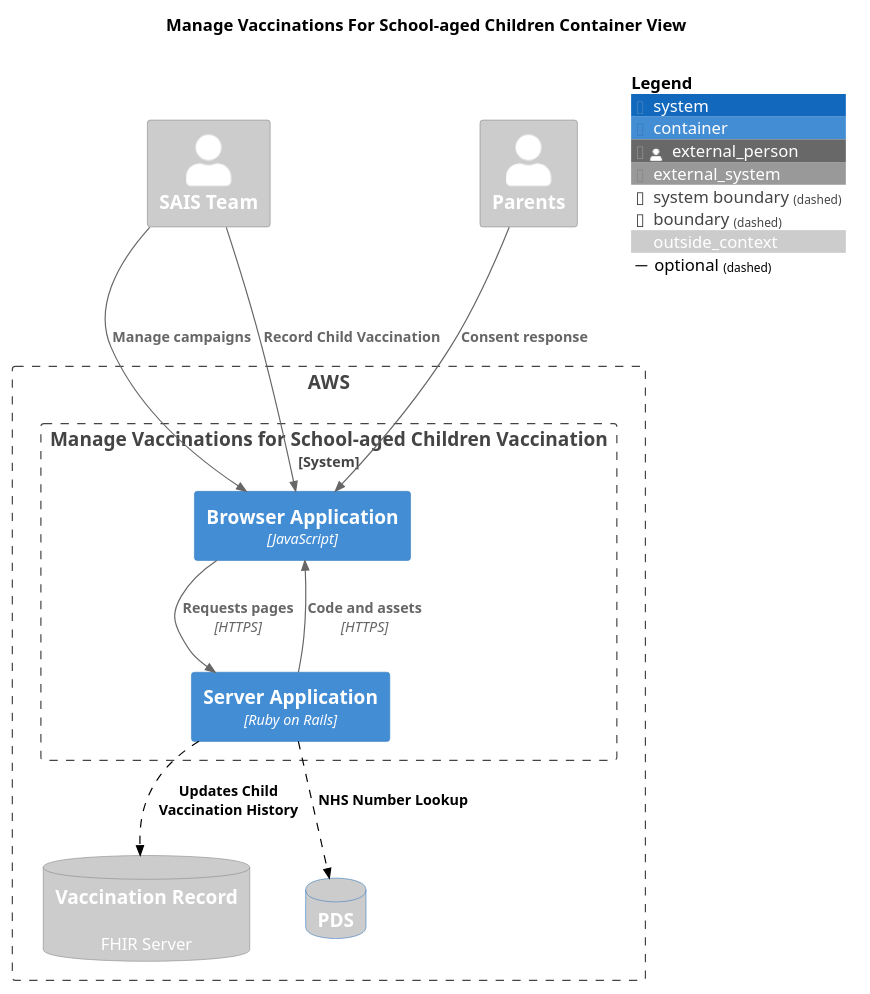
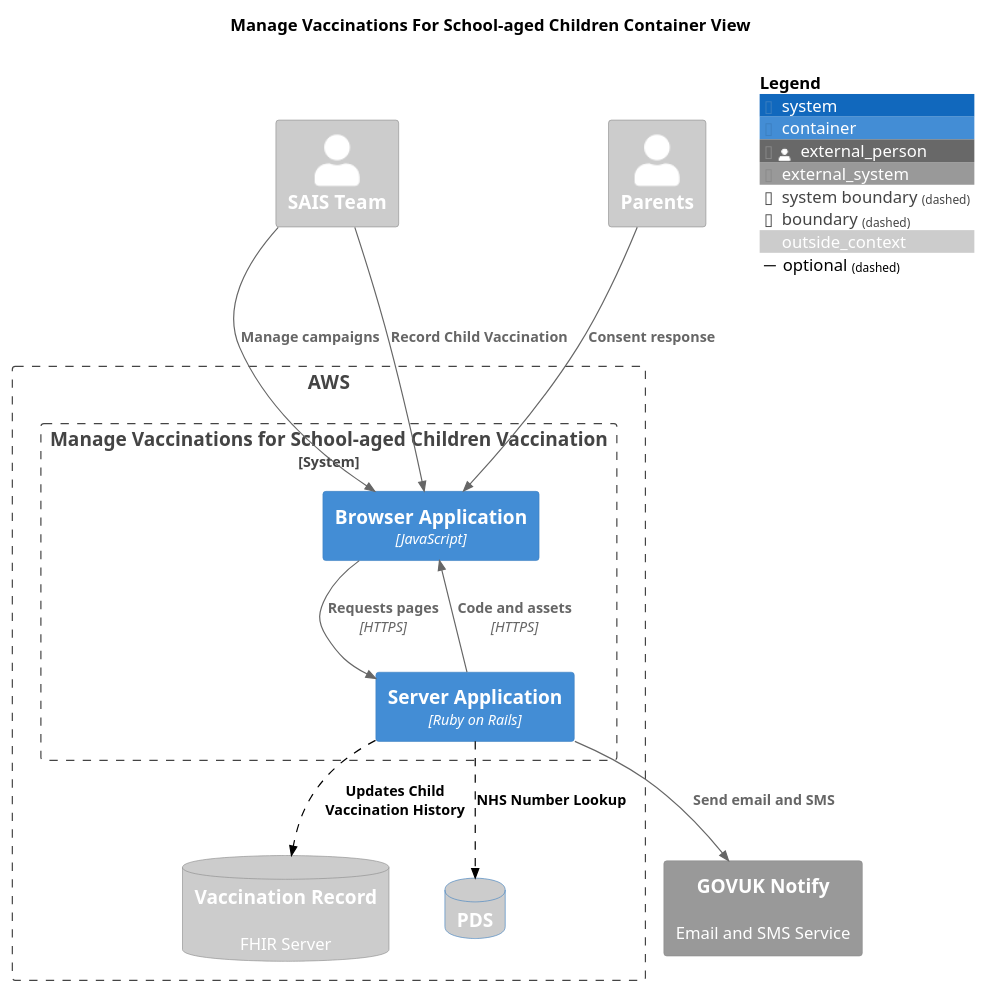
One commit to nhsuk/manage-vaccinations-in-schools changed the diagram in docs/diagrams/container-view-future.puml. Above: the diagram before and after it, drawn with PlantUML. The commit also changed 6 other files, not shown here.

Commit message:
Update architecture docs adding govuk notify etc

```diff
--- a/docs/diagrams/container-view-future.puml
+++ b/docs/diagrams/container-view-future.puml
@@ -1,39 +1,41 @@
 @startuml
 
 !include <C4/C4_Container.puml>
 
 LAYOUT_TOP_DOWN()
 
 title "Manage Vaccinations For School-aged Children Container View"
 
 AddElementTag("outside_context", $bgColor="#CCC", $fontColor="#FFF")
 
 Person_Ext(sais, "SAIS Team", $tags="outside_context")
 Person_Ext(parents, "Parents", $tags="outside_context")
 
 Boundary(aws, "AWS") {
   System_Boundary(manage, "Manage Vaccinations for School-aged Children Vaccination", "") {
     Container(browser, "Browser Application", "JavaScript")
     Container(server, "Server Application", "Ruby on Rails")
   }
 
   SystemDb_Ext(vaccineRecord, "Vaccination Record", "FHIR Server")
   SystemDb_Ext(pds, "PDS", "")
 }
 
+System_Ext(govukNotify, "GOVUK Notify", "Email and SMS Service")
 SystemDb_Ext(vaccineRecord, "Vaccination Record", "FHIR Server", $tags="outside_context")
 SystemDb(pds, "PDS", "", $tags="outside_context")
 
 AddRelTag("optional", $textColor="black", $lineColor="black", $lineStyle="dashed")
 
 Rel(server, browser, "Code and assets", "HTTPS")
 Rel(browser, server, "Requests pages", "HTTPS")
 Rel(sais, browser, "Manage campaigns")
 Rel(sais, browser, "Record Child Vaccination")
 Rel(parents, browser, "Consent response")
+Rel(server, govukNotify, "Send email and SMS")
 Rel(server, vaccineRecord, "Updates Child Vaccination History", $tags="optional")
 Rel(server, pds, "NHS Number Lookup", $tags="optional")
 
 SHOW_FLOATING_LEGEND()
 
 @enduml
```
